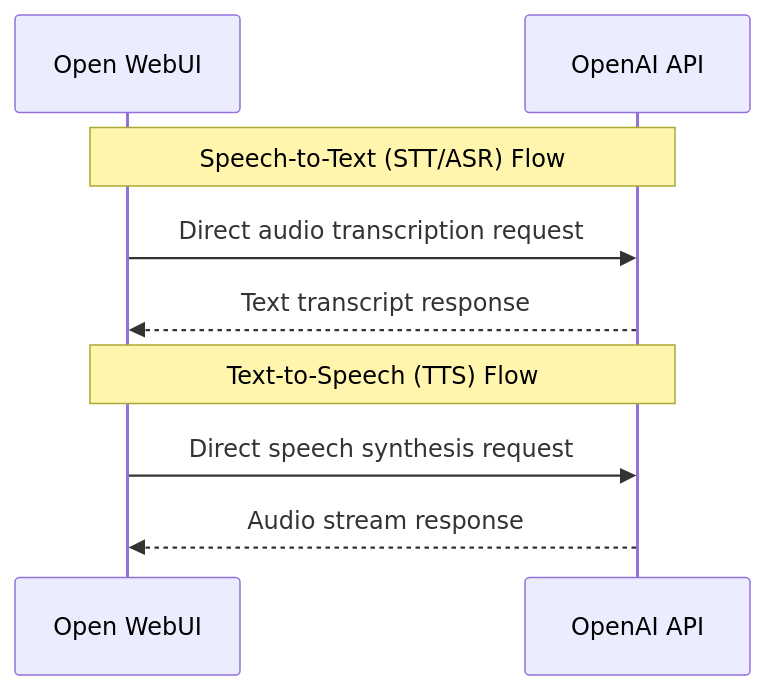
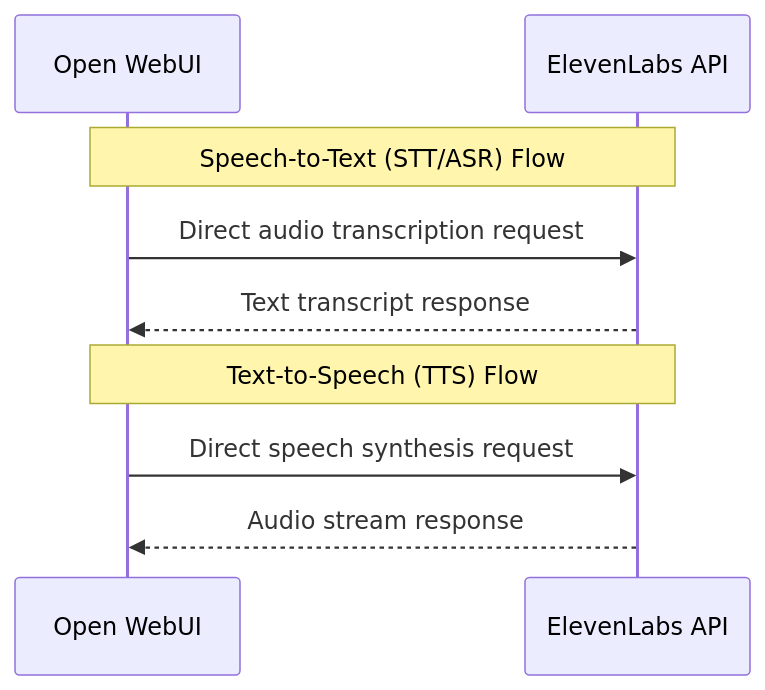
The second of 2 diagrams in README.md (ffMathy/wyoming_elevenlabs), drawn with Mermaid before and after one commit. The commit also changed other lines of this file and 4 other files, not shown here.

````diff
--- a/README.md
+++ b/README.md
@@ -266,14 +266,14 @@
 ```mermaid
 sequenceDiagram
     participant OW as Open WebUI
-    participant OAPI as OpenAI API
+    participant OAPI as ElevenLabs API
 
     Note over OW,OAPI: Speech-to-Text (STT/ASR) Flow
     OW->>OAPI: Direct audio transcription request
     OAPI-->>OW: Text transcript response
     
     Note over OW,OAPI: Text-to-Speech (TTS) Flow
     OW->>OAPI: Direct speech synthesis request
     OAPI-->>OW: Audio stream response
     
 ```
````
